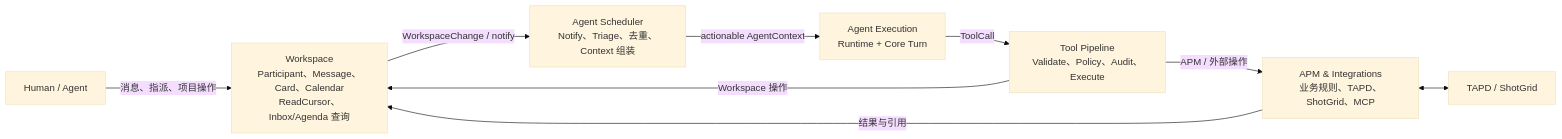
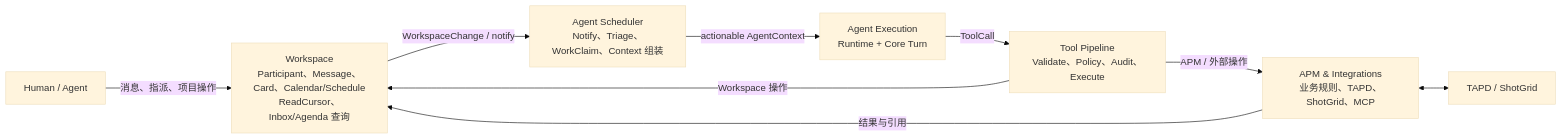
One commit to ShawnDen-coder/fastmpa changed the first of 2 diagrams in docs/ROADMAP.md. Above: the diagram before and after it, drawn with Mermaid (base theme). The commit also changed other lines of this file and 1 other file, not shown here.

Commit message:
docs: update roadmap

````diff
--- a/docs/ROADMAP.md
+++ b/docs/ROADMAP.md
@@ -11,20 +54,20 @@
 ```mermaid
 flowchart LR
     user["Human / Agent"]
     external["TAPD / ShotGrid"]
 
-    workspace["Workspace<br/>Participant、Message、Card、Calendar<br/>ReadCursor、Inbox/Agenda 查询"]
-    scheduler["Agent Scheduler<br/>Notify、Triage、去重、Context 组装"]
+    workspace["Workspace<br/>Participant、Message、Card、Calendar/Schedule<br/>ReadCursor、Inbox/Agenda 查询"]
+    scheduler["Agent Scheduler<br/>Notify、Triage、WorkClaim、Context 组装"]
     execution["Agent Execution<br/>Runtime + Core Turn"]
     tools["Tool Pipeline<br/>Validate、Policy、Audit、Execute"]
     extensions["APM & Integrations<br/>业务规则、TAPD、ShotGrid、MCP"]
 
     user -->|"消息、指派、项目操作"| workspace
     workspace -->|"WorkspaceChange / notify"| scheduler
     scheduler -->|"actionable AgentContext"| execution
     execution -->|"ToolCall"| tools
     tools -->|"Workspace 操作"| workspace
     tools -->|"APM / 外部操作"| extensions
     extensions -->|"结果与引用"| workspace
     extensions <--> external
 ```
````
